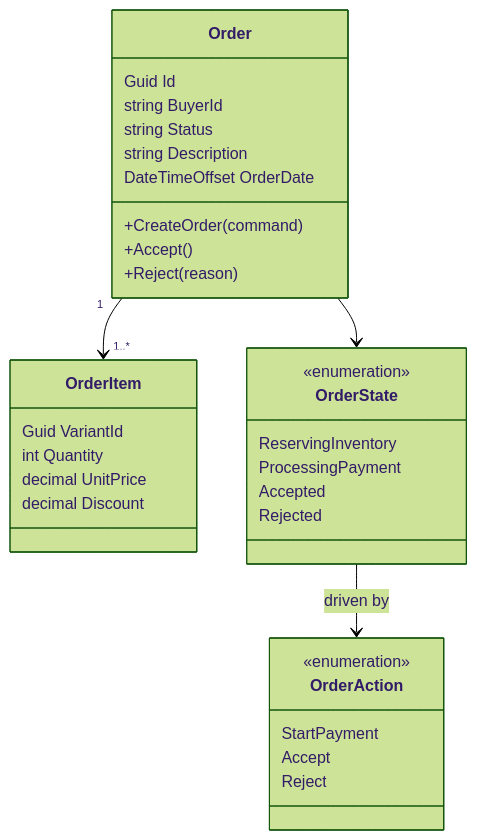
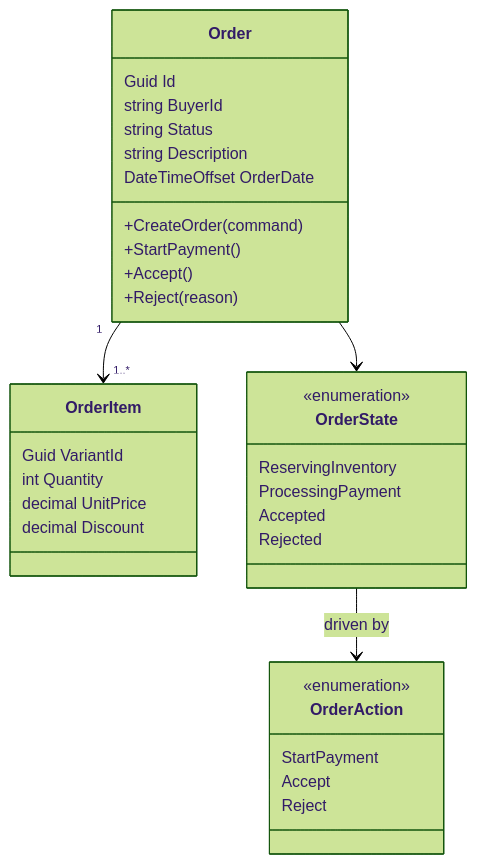
The fourth of 12 diagrams in Order/src/EShop.Order.API/README.md (mnnam1302/EShop), drawn with Mermaid (forest theme) before and after one commit. The commit also changed other lines of this file and 3 other files, not shown here.

````diff
--- a/Order/src/EShop.Order.API/README.md
+++ b/Order/src/EShop.Order.API/README.md
@@ -123,39 +123,40 @@
 ```mermaid
 classDiagram
     class Order {
         Guid Id
         string BuyerId
         string Status
         string Description
         DateTimeOffset OrderDate
         +CreateOrder(command)
+        +StartPayment()
         +Accept()
         +Reject(reason)
     }
 
     class OrderItem {
         Guid VariantId
         int Quantity
         decimal UnitPrice
         decimal Discount
     }
 
     class OrderState {
         <<enumeration>>
         ReservingInventory
         ProcessingPayment
         Accepted
         Rejected
     }
 
     class OrderAction {
         <<enumeration>>
         StartPayment
         Accept
         Reject
     }
 
     Order "1" --> "1..*" OrderItem
     Order --> OrderState
     OrderState --> OrderAction : driven by
 ```
````
